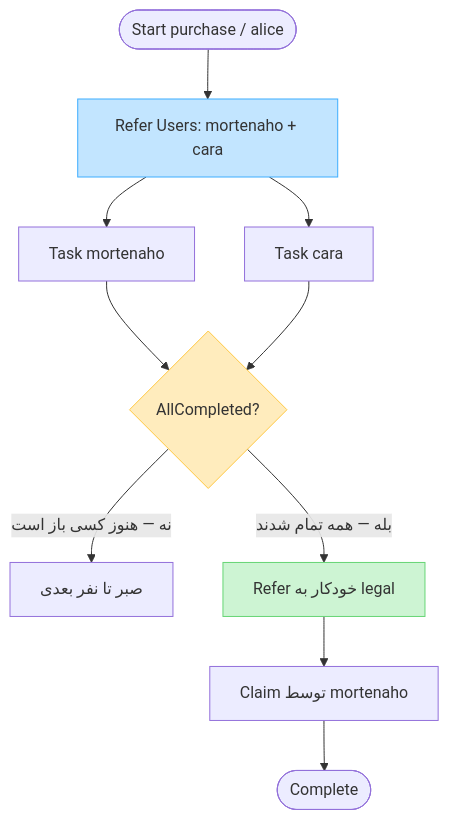
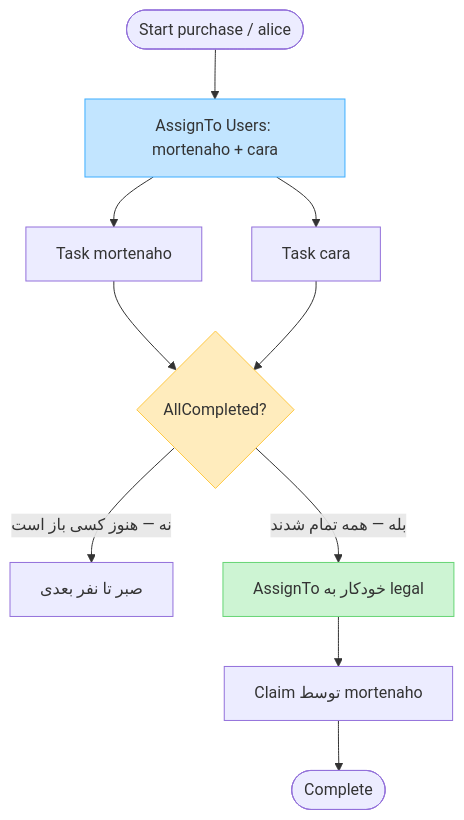
One commit to mortenaho/WorkFlowEngine changed the second of 4 diagrams in docs/usage.md. Above: the diagram before and after it, drawn with Mermaid. The commit also changed other lines of this file and 25 other files, not shown here.

````diff
--- a/docs/usage.md
+++ b/docs/usage.md
@@ -200,16 +200,16 @@
 ```mermaid
 flowchart TD
-    start([Start purchase / alice]) --> parallel["Refer Users: mortenaho + cara"]
+    start([Start purchase / alice]) --> parallel["AssignTo Users: mortenaho + cara"]
     parallel --> m[Task mortenaho]
     parallel --> c[Task cara]
     m --> join{AllCompleted?}
     c --> join
     join -->|"نه — هنوز کسی باز است"| wait[صبر تا نفر بعدی]
-    join -->|"بله — همه تمام شدند"| next["Refer خودکار به legal"]
+    join -->|"بله — همه تمام شدند"| next["AssignTo خودکار به legal"]
     next --> claim[Claim توسط mortenaho]
     claim --> finish([Complete])
 
     style parallel fill:#C2E5FF,stroke:#3DADFF
     style join fill:#FFECBD,stroke:#FFC943
     style next fill:#CDF4D3,stroke:#66D575
 ```
````
